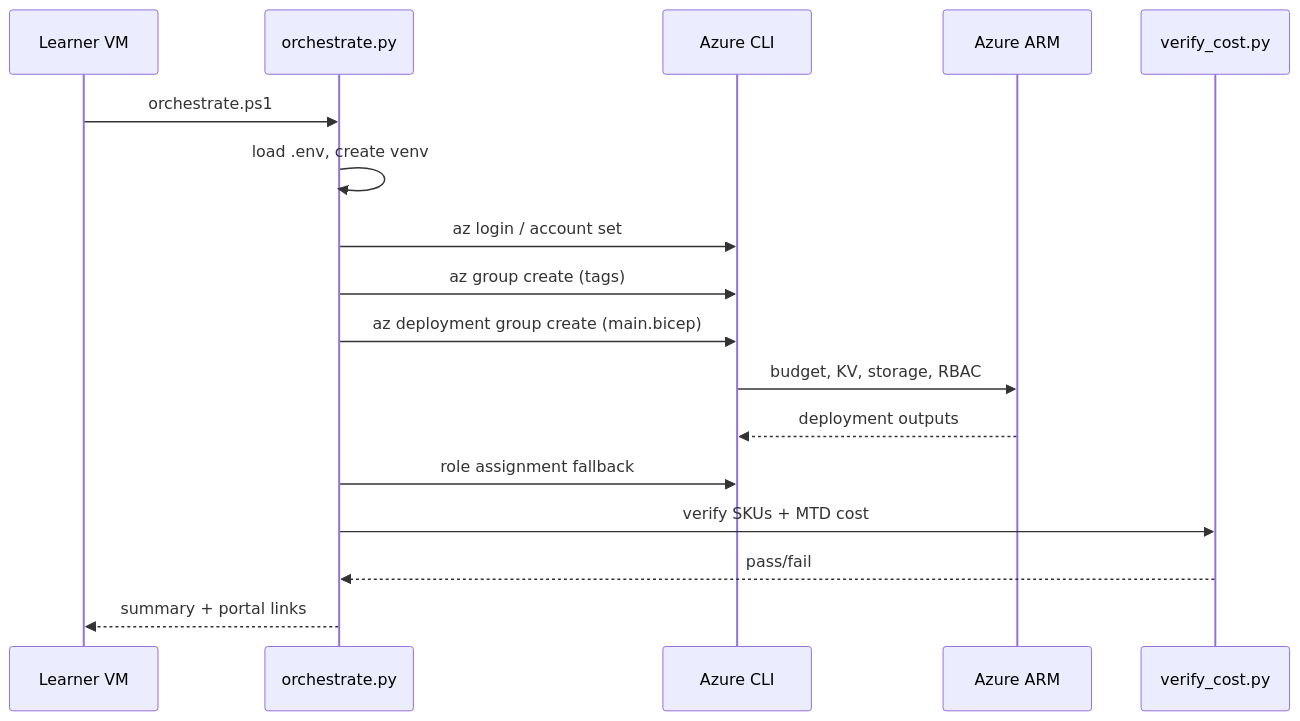
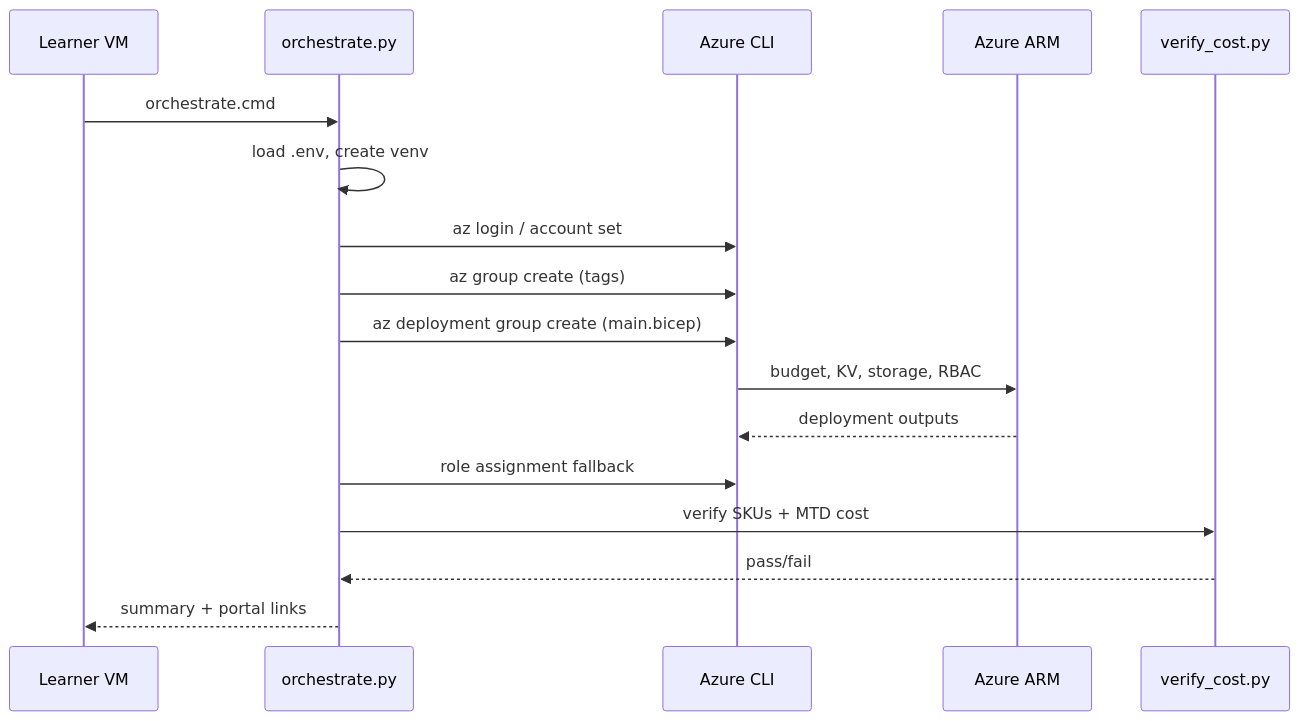
Before and after one commit to jineshranawat/azure-infra: the second of 2 diagrams in docs/WORKFLOW-AND-CODE.md, drawn with Mermaid. The commit also changed other lines of this file and 14 other files, not shown here.

First line of the commit message:
Windows-only orchestrate.cmd entry with idempotent full lab

````diff
--- a/docs/WORKFLOW-AND-CODE.md
+++ b/docs/WORKFLOW-AND-CODE.md
@@ -363,20 +362,20 @@
 ```mermaid
 sequenceDiagram
     participant L as Learner VM
     participant O as orchestrate.py
     participant AZ as Azure CLI
     participant ARM as Azure ARM
     participant V as verify_cost.py
 
-    L->>O: orchestrate.ps1
+    L->>O: orchestrate.cmd
     O->>O: load .env, create venv
     O->>AZ: az login / account set
     O->>AZ: az group create (tags)
     O->>AZ: az deployment group create (main.bicep)
     AZ->>ARM: budget, KV, storage, RBAC
     ARM-->>AZ: deployment outputs
     O->>AZ: role assignment fallback
     O->>V: verify SKUs + MTD cost
     V-->>O: pass/fail
     O-->>L: summary + portal links
 ```
````
